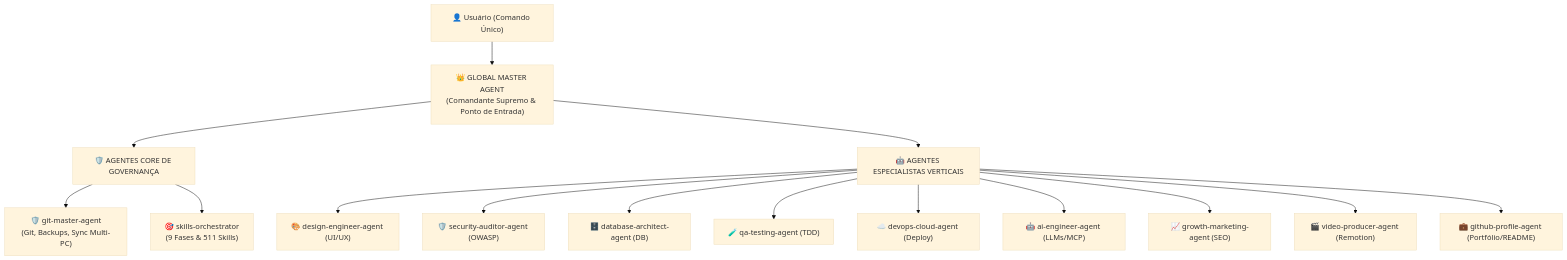
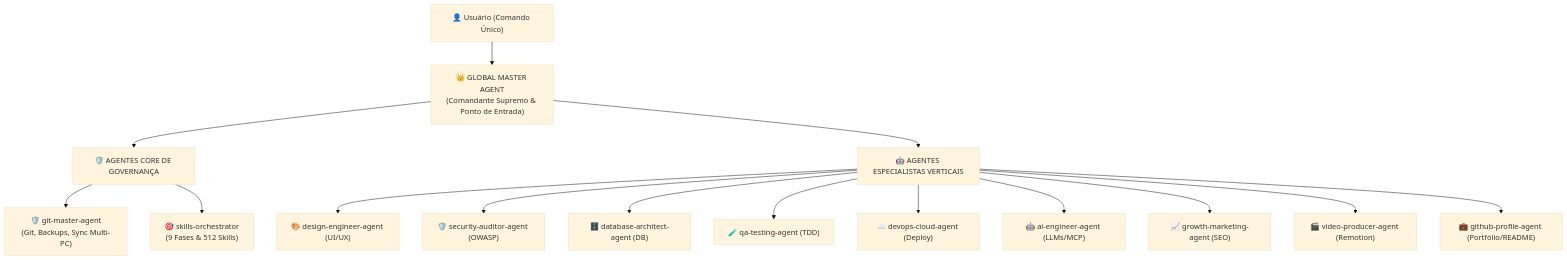
One commit to Henrique1601/SkiilsToIAs changed the diagram in custom-agents/global-master-agent.md. Above: the diagram before and after it, drawn with Mermaid (base theme). The commit also changed other lines of this file and 13 other files, not shown here.

````diff
--- a/custom-agents/global-master-agent.md
+++ b/custom-agents/global-master-agent.md
@@ -37,19 +37,19 @@
 ```mermaid
 flowchart TD
     User["👤 Usuário (Comando Único)"] --> GMA["👑 GLOBAL MASTER AGENT<br/>(Comandante Supremo & Ponto de Entrada)"]
     
     GMA --> GMA_Core["🛡️ AGENTES CORE DE GOVERNANÇA"]
     GMA_Core --> GMA_Git["🛡️ git-master-agent<br/>(Git, Backups, Sync Multi-PC)"]
-    GMA_Core --> GMA_Orch["🎯 skills-orchestrator<br/>(9 Fases & 511 Skills)"]
+    GMA_Core --> GMA_Orch["🎯 skills-orchestrator<br/>(9 Fases & 512 Skills)"]
     
     GMA --> GMA_Spec["🤖 AGENTES ESPECIALISTAS VERTICAIS"]
     GMA_Spec --> GMA_UI["🎨 design-engineer-agent (UI/UX)"]
     GMA_Spec --> GMA_Sec["🛡️ security-auditor-agent (OWASP)"]
     GMA_Spec --> GMA_DB["🗄️ database-architect-agent (DB)"]
     GMA_Spec --> GMA_QA["🧪 qa-testing-agent (TDD)"]
     GMA_Spec --> GMA_DevOps["☁️ devops-cloud-agent (Deploy)"]
     GMA_Spec --> GMA_AI["🤖 ai-engineer-agent (LLMs/MCP)"]
     GMA_Spec --> GMA_Growth["📈 growth-marketing-agent (SEO)"]
     GMA_Spec --> GMA_Video["🎬 video-producer-agent (Remotion)"]
     GMA_Spec --> GMA_Profile["💼 github-profile-agent (Portfólio/README)"]
 ```
````
